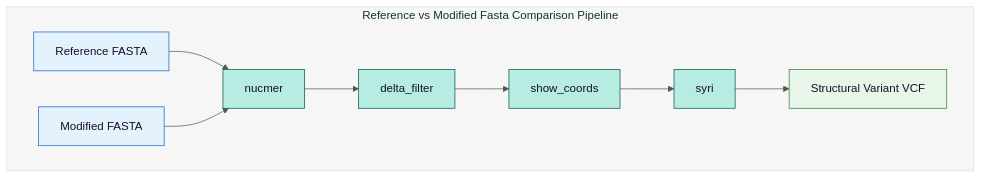
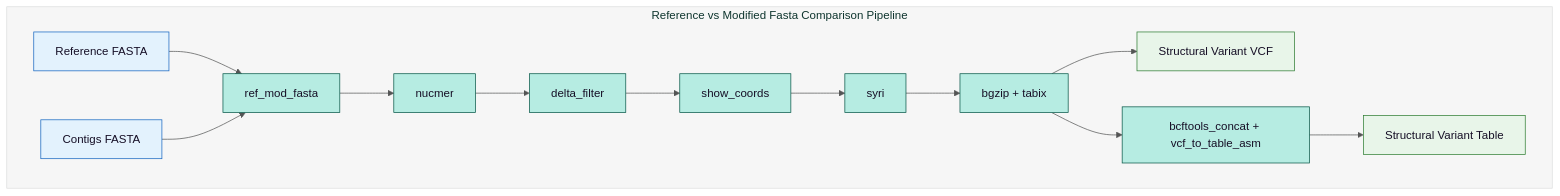
One commit to denisHanch/efsa_pipeline changed the diagram in docs/outputs/fasta-ref-mod.md. Above: the diagram before and after it, drawn with Mermaid. The commit also changed other lines of this file and 7 other files, not shown here.

````diff
--- a/docs/outputs/fasta-ref-mod.md
+++ b/docs/outputs/fasta-ref-mod.md
@@ -5,43 +5,51 @@
 ```mermaid
 %%{init: {
   "theme": "base",
   "themeVariables": {
     "primaryColor": "#B6ECE2",
     "primaryTextColor": "#160F26",
     "primaryBorderColor": "#065647",
     "lineColor": "#545555",
     "clusterBkg": "#BABCBD22",
     "clusterBorder": "#DDDEDE",
     "fontFamily": "arial"
   }
 }}%%
 flowchart TB
 
 %% ===== REF_X_MOD PIPELINE =====
 subgraph REF_X_MOD["Reference vs Modified Fasta Comparison Pipeline"]
 
     %% Inputs
     REF_FASTA["Reference FASTA"]:::input
-    MOD_FASTA["Modified FASTA"]:::input
+    CONTIGS["Contigs FASTA"]:::input
+
+    %% Combine ref + contigs
+    REF_MOD_COMB["ref_mod_fasta"]:::process
 
     %% Processes
     NUCMER["nucmer"]:::process
     DELTA["delta_filter"]:::process
     SHOWCOORDS["show_coords"]:::process
     SYRI["syri"]:::process
+    BGZIP["bgzip + tabix"]:::process
+    CONCAT_TABLE["bcftools_concat + vcf_to_table_asm"]:::process
 
-    %% Output
+    %% Outputs
     VCF_OUT["Structural Variant VCF"]:::output
+    SV_TABLE["Structural Variant Table"]:::output
 
     %% Connections
-    REF_FASTA --> NUCMER
-    MOD_FASTA --> NUCMER
-    NUCMER --> DELTA --> SHOWCOORDS --> SYRI --> VCF_OUT
+    REF_FASTA --> REF_MOD_COMB
+    CONTIGS --> REF_MOD_COMB
+    REF_MOD_COMB --> NUCMER
+    NUCMER --> DELTA --> SHOWCOORDS --> SYRI --> BGZIP --> VCF_OUT
+    BGZIP --> CONCAT_TABLE --> SV_TABLE
 
 end
 
 %% ===== STYLING =====
 classDef input fill:#E3F2FD,stroke:#1565C0
 classDef process fill:#B6ECE2,stroke:#065647
 classDef output fill:#E8F5E9,stroke:#2E7D32
 ```
````
